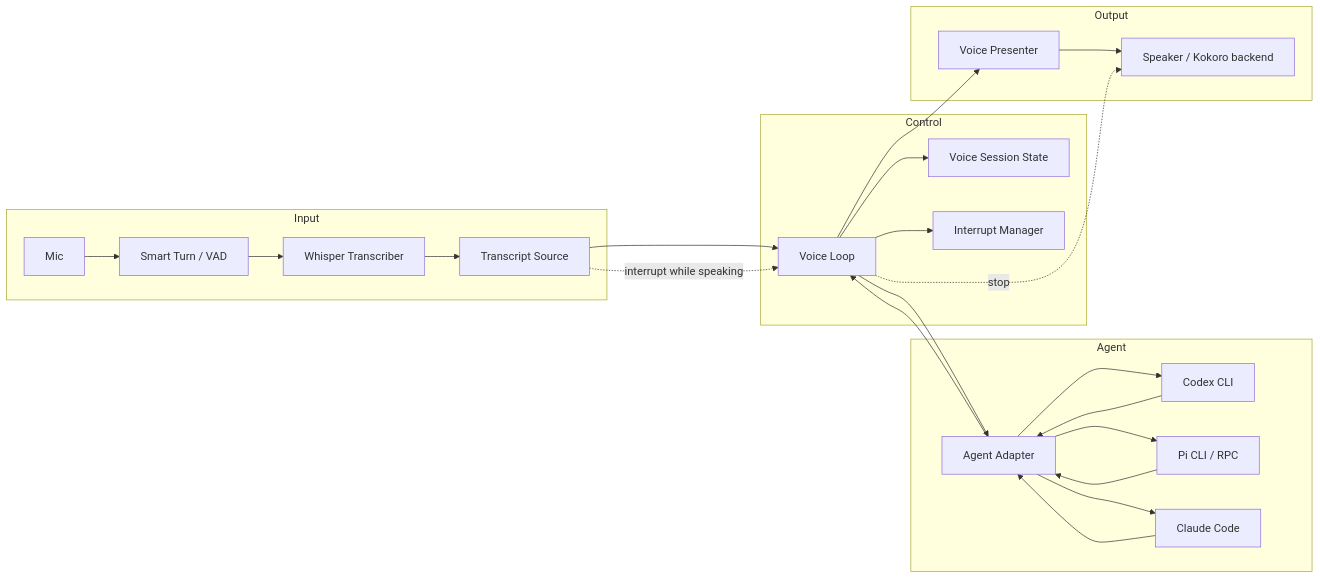
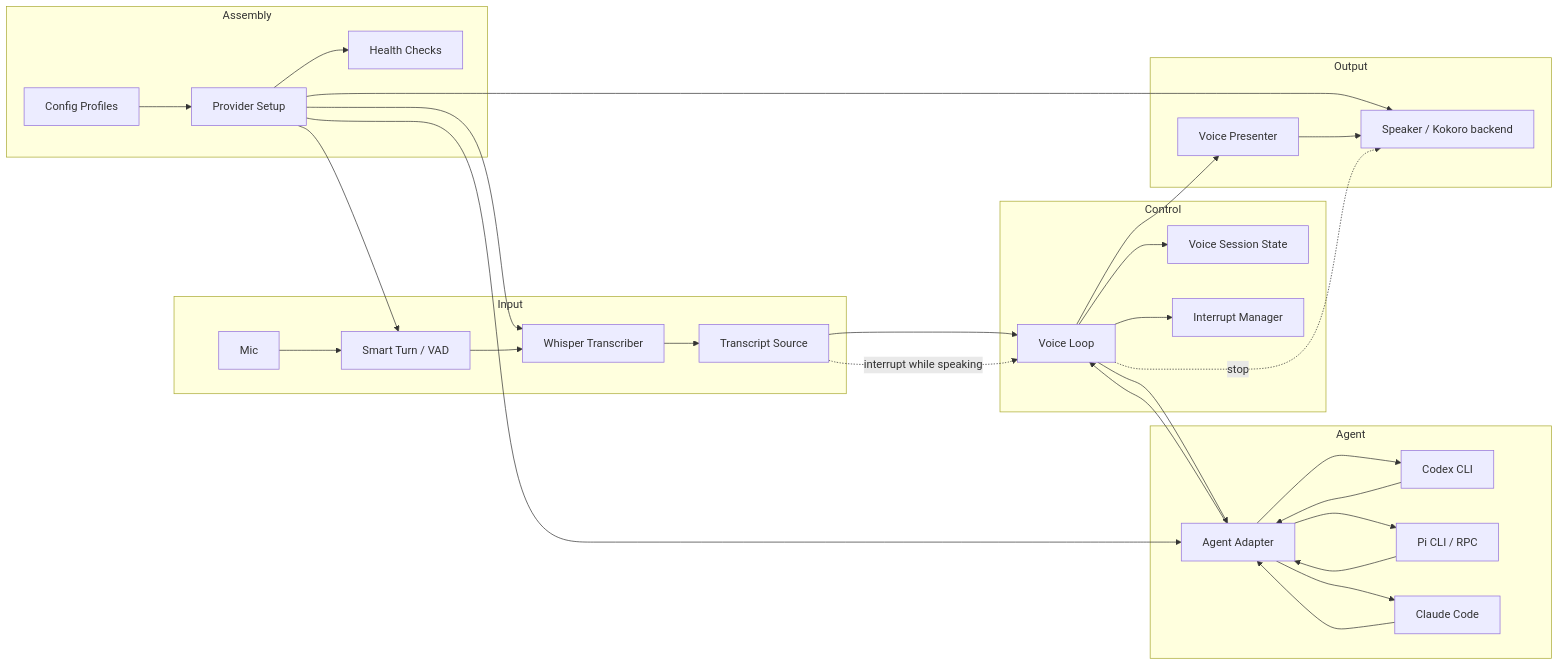
Before and after one commit to m1ser4ble/agent-voice: the first of 3 diagrams in docs/architecture.md, drawn with Mermaid. The commit also changed other lines of this file and 1 other file, not shown here.

Commit message:
docs: describe provider assembly layer

````diff
--- a/docs/architecture.md
+++ b/docs/architecture.md
@@ -9,43 +14,55 @@
 ```mermaid
 flowchart LR
     subgraph Input
         Mic[Mic]
         TurnDetector[Smart Turn / VAD]
         Transcriber[Whisper Transcriber]
         TranscriptSource[Transcript Source]
     end
 
     subgraph Control
         VoiceLoop[Voice Loop]
         Session[Voice Session State]
         Interrupt[Interrupt Manager]
     end
 
     subgraph Agent
         Adapter[Agent Adapter]
         Codex[Codex CLI]
         Pi[Pi CLI / RPC]
         Claude[Claude Code]
     end
 
     subgraph Output
         Presenter[Voice Presenter]
         Speaker[Speaker / Kokoro backend]
     end
 
+    subgraph Assembly
+        Config[Config Profiles]
+        Setup[Provider Setup]
+        Health[Health Checks]
+    end
+
+    Config --> Setup
+    Setup --> TurnDetector
+    Setup --> Transcriber
+    Setup --> Speaker
+    Setup --> Adapter
+    Setup --> Health
     Mic --> TurnDetector --> Transcriber --> TranscriptSource
     TranscriptSource --> VoiceLoop
     VoiceLoop --> Session
     VoiceLoop --> Interrupt
     VoiceLoop --> Adapter
     Adapter --> Codex
     Adapter --> Pi
     Adapter --> Claude
     Codex --> Adapter
     Pi --> Adapter
     Claude --> Adapter
     Adapter --> VoiceLoop
     VoiceLoop --> Presenter --> Speaker
     TranscriptSource -. interrupt while speaking .-> VoiceLoop
     VoiceLoop -. stop .-> Speaker
 ```
````
